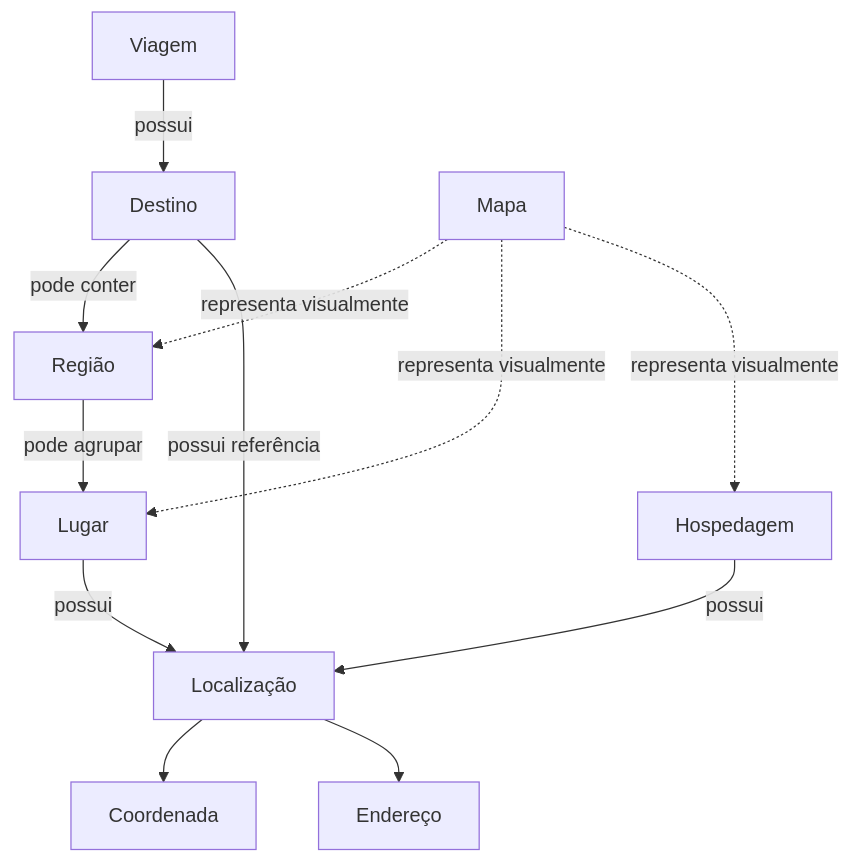
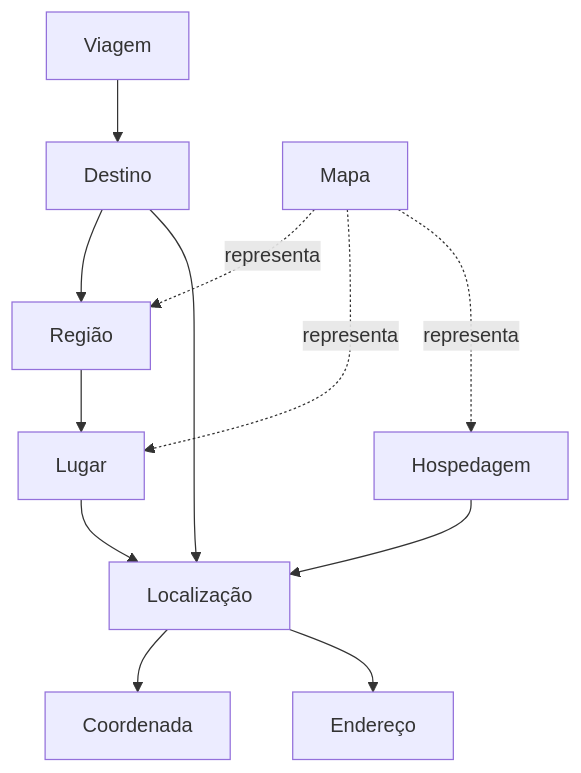
Before and after one commit to collapsy/Routebook: the sixth of 17 diagrams in docs/domain/domain-model.md, drawn with Mermaid. The commit also changed other lines of this file and 1 other file, not shown here.

````diff
--- a/docs/domain/domain-model.md
+++ b/docs/domain/domain-model.md
@@ -1277,27 +1055,27 @@
-```mermaid id="bh75qk"
+```mermaid
 flowchart TD
     Trip["Viagem"]
     Destination["Destino"]
     Region["Região"]
     Place["Lugar"]
     Accommodation["Hospedagem"]
     Location["Localização"]
     Coordinate["Coordenada"]
     Address["Endereço"]
     Map["Mapa"]
 
-    Trip -->|possui| Destination
-    Destination -->|pode conter| Region
-    Region -->|pode agrupar| Place
+    Trip --> Destination
+    Destination --> Region
+    Region --> Place
 
-    Place -->|possui| Location
-    Accommodation -->|possui| Location
-    Destination -->|possui referência| Location
+    Place --> Location
+    Accommodation --> Location
+    Destination --> Location
 
     Location --> Coordinate
     Location --> Address
 
-    Map -. "representa visualmente" .-> Region
-    Map -. "representa visualmente" .-> Place
-    Map -. "representa visualmente" .-> Accommodation
+    Map -.->|representa| Region
+    Map -.->|representa| Place
+    Map -.->|representa| Accommodation
 ```
````
